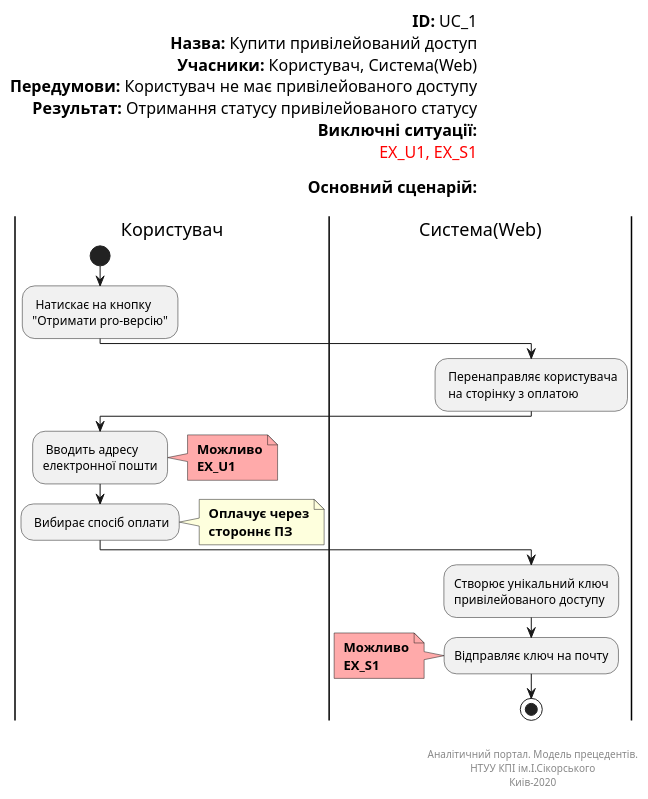
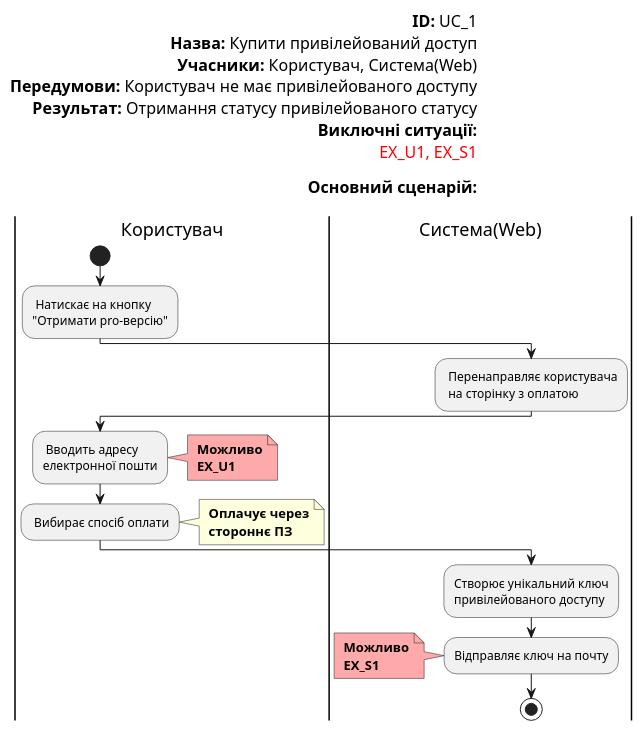
Before and after one commit to NeProgramist/Cytrus: the diagram in doc/uml/UC_1.puml, drawn with PlantUML.

Commit message:
delete footer

```diff
--- a/doc/uml/UC_1.puml
+++ b/doc/uml/UC_1.puml
@@ -1,58 +1,50 @@
 @startuml
 
 left header
 <font color=000 size=16><b>ID:</b> UC_1
 <font color=000 size=16><b>Назва:</b> Купити привілейований доступ
 <font color=000 size=16><b>Учасники:</b> Користувач, Система(Web)
 <font color=000 size=16><b>Передумови:</b> Користувач не має привілейованого доступу
 <font color=000 size=16><b>Результат:</b> Отримання статусу привілейованого статусу
 <font color=000 size=16><b>Виключні ситуації:</b>
 <font color=red size=16>EX_U1, EX_S1
 
 <font color=000 size=16><b>Основний сценарій:</b>
 
 end header
 
 |Користувач|
 start
 : Натискає на кнопку
 "Отримати pro-версію";
 
 |Система(Web)|
 : Перенаправляє користувача
  на сторінку з оплатою;
 
 |Користувач|
 : Вводить адресу
 електронної пошти;
 note right #ffaaaa
 <b> Можливо
 <b> EX_U1
 end note
 
 : Вибирає спосіб оплати;
 note right
 <b> Оплачує через
 <b> стороннє ПЗ
 end note
 
 |Система(Web)|
 :Створює унікальний ключ
 привілейованого доступу;
 
 :Відправляє ключ на почту;
 note left #ffaaaa
 <b> Можливо
 <b> EX_S1
 end note
 stop;
 
-right footer
-
-
-Аналітичний портал. Модель прецедентів.
-НТУУ КПІ ім.І.Сікорського
-Киів-2020
-end footer
-
 @enduml
```
